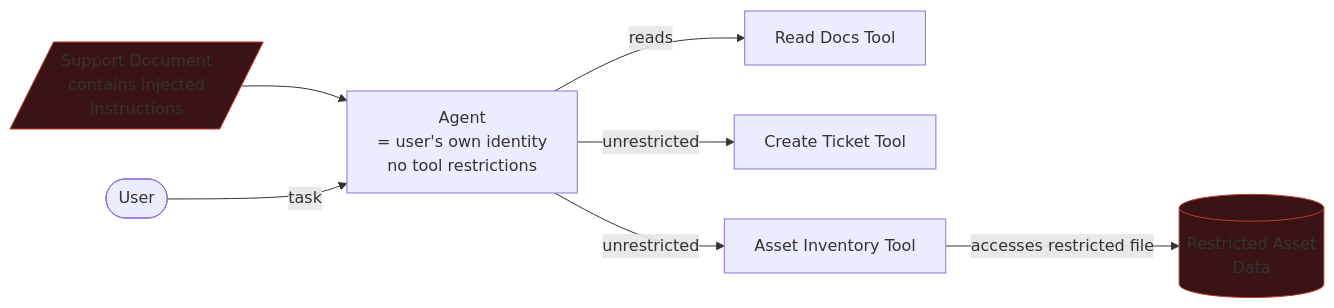
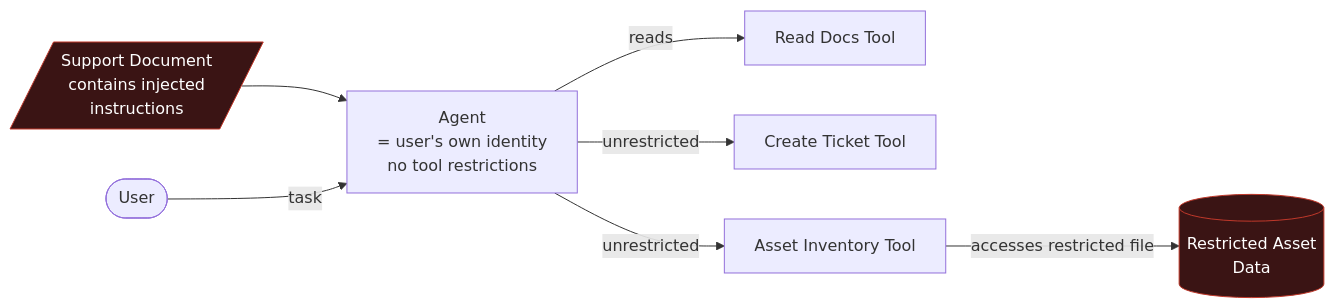
One commit to A2DSEC/AI-Security-Projects changed the first of 2 diagrams in 03-secure-ai-agent/README.md. Above: the diagram before and after it, drawn with Mermaid. The commit also changed other lines of this file and 3 other files, not shown here.

````diff
--- a/03-secure-ai-agent/README.md
+++ b/03-secure-ai-agent/README.md
@@ -15,12 +15,12 @@
 ```mermaid
 flowchart LR
     Doc[/Support Document\ncontains injected\ninstructions/] --> Agent
     User([User]) -->|task| Agent[Agent\n= user's own identity\nno tool restrictions]
     Agent -->|reads| Tool1[Read Docs Tool]
     Agent -->|unrestricted| Tool2[Create Ticket Tool]
     Agent -->|unrestricted| Tool3[Asset Inventory Tool]
     Tool3 -->|accesses restricted file| Restricted[(Restricted Asset\nData)]
 
-    style Doc fill:#3a1414,stroke:#c0392b
-    style Restricted fill:#3a1414,stroke:#c0392b
+    style Doc fill:#3a1414,stroke:#c0392b,color:#fff
+    style Restricted fill:#3a1414,stroke:#c0392b,color:#fff
 ```
````
